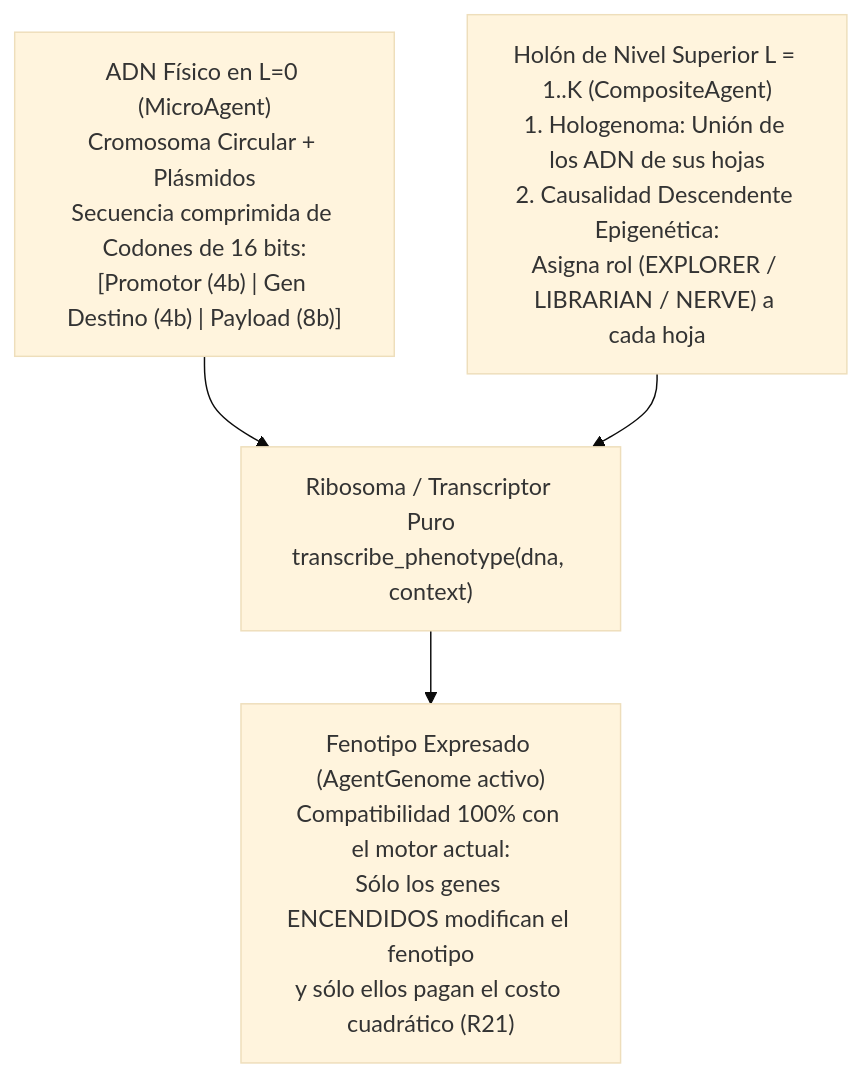
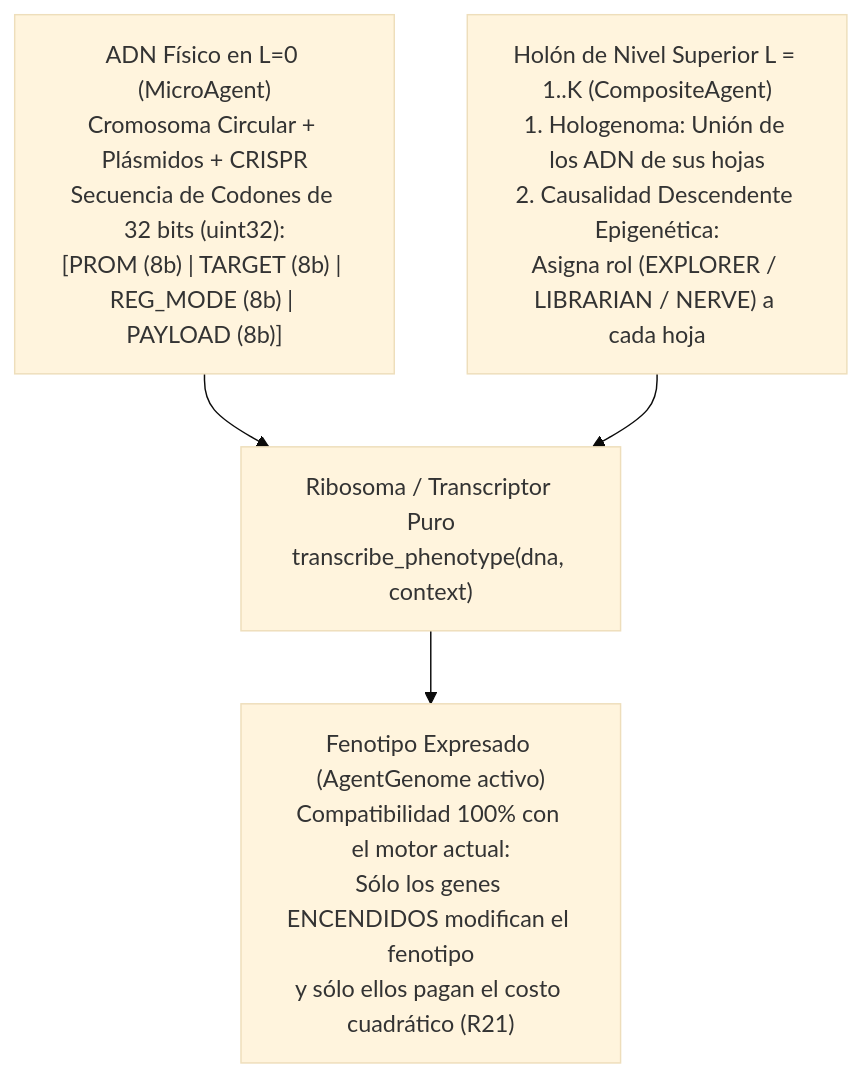
One commit to Jorge-Guli/IDE changed the diagram in ARQUITECTURA_ADN_HOLONICO.md. Above: the diagram before and after it, drawn with Mermaid (base theme). The commit also changed other lines of this file and 1 other file, not shown here.

First line of the commit message:
docs: evoluciona codones de CompactDNA a 32 bits (uint32) y agrega redes GRN

````diff
--- a/ARQUITECTURA_ADN_HOLONICO.md
+++ b/ARQUITECTURA_ADN_HOLONICO.md
@@ -30,6 +30,6 @@
 ```mermaid
 flowchart TD
-    DNA["ADN Físico en L=0 (MicroAgent)\nCromosoma Circular + Plásmidos\nSecuencia comprimida de Codones de 16 bits:\n[Promotor (4b) | Gen Destino (4b) | Payload (8b)]"] --> RIBO["Ribosoma / Transcriptor Puro\ntranscribe_phenotype(dna, context)"]
+    DNA["ADN Físico en L=0 (MicroAgent)\nCromosoma Circular + Plásmidos + CRISPR\nSecuencia de Codones de 32 bits (uint32):\n[PROM (8b) | TARGET (8b) | REG_MODE (8b) | PAYLOAD (8b)]"] --> RIBO["Ribosoma / Transcriptor Puro\ntranscribe_phenotype(dna, context)"]
     HOLON["Holón de Nivel Superior L = 1..K (CompositeAgent)\n1. Hologenoma: Unión de los ADN de sus hojas\n2. Causalidad Descendente Epigenética:\nAsigna rol (EXPLORER / LIBRARIAN / NERVE) a cada hoja"] --> RIBO
     RIBO --> PHENO["Fenotipo Expresado (AgentGenome activo)\nCompatibilidad 100% con el motor actual:\nSólo los genes ENCENDIDOS modifican el fenotipo\ny sólo ellos pagan el costo cuadrático (R21)"]
 ```
````
